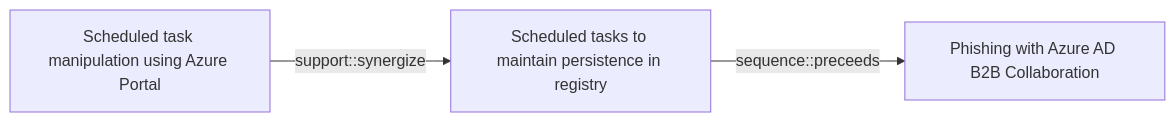
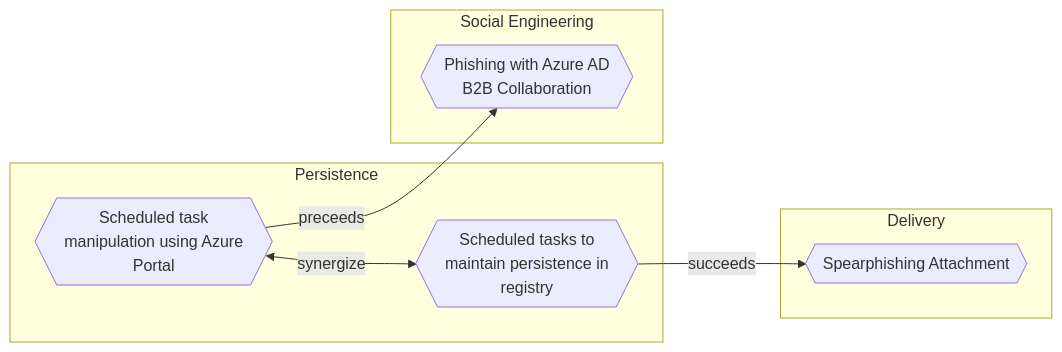
One commit to opentidehq/library changed the diagram in docs/threats/scheduled-task-manipulation-using-azure-portal.md. Above: the diagram before and after it, drawn with Mermaid. The commit also changed other lines of this file and 540 other files, not shown here.

````diff
--- a/docs/threats/scheduled-task-manipulation-using-azure-portal.md
+++ b/docs/threats/scheduled-task-manipulation-using-azure-portal.md
@@ -94,8 +119,16 @@
 ```mermaid
 flowchart LR
-437a43b9_6344_45a9_915b_d733d23173ae["Scheduled task manipulation using Azure Portal"]
-5e66f826_4c4b_4357_b9c5_2f40da207f34["Scheduled tasks to maintain persistence in registry"]
-f9a6f927_d08c_40c1_85af_01331c471def["Phishing with Azure AD B2B Collaboration"]
-437a43b9_6344_45a9_915b_d733d23173ae -->|support::synergize| 5e66f826_4c4b_4357_b9c5_2f40da207f34
-5e66f826_4c4b_4357_b9c5_2f40da207f34 -->|sequence::preceeds| f9a6f927_d08c_40c1_85af_01331c471def
+subgraph "Persistence"
+437a43b9_6344_45a9_915b_d733d23173ae{{"Scheduled task<br>manipulation using Azure<br>Portal"}}
+5e66f826_4c4b_4357_b9c5_2f40da207f34{{"Scheduled tasks to<br>maintain persistence in<br>registry"}}
+end
+subgraph "Social Engineering"
+f9a6f927_d08c_40c1_85af_01331c471def{{"Phishing with Azure AD<br>B2B Collaboration"}}
+end
+subgraph "Delivery"
+dd5d942c_bac4_4000_b9a6_ca4fef6cfb84{{"Spearphishing Attachment"}}
+end
+437a43b9_6344_45a9_915b_d733d23173ae <-->|synergize| 5e66f826_4c4b_4357_b9c5_2f40da207f34
+437a43b9_6344_45a9_915b_d733d23173ae -->|preceeds| f9a6f927_d08c_40c1_85af_01331c471def
+5e66f826_4c4b_4357_b9c5_2f40da207f34 -->|succeeds| dd5d942c_bac4_4000_b9a6_ca4fef6cfb84
 ```
````
